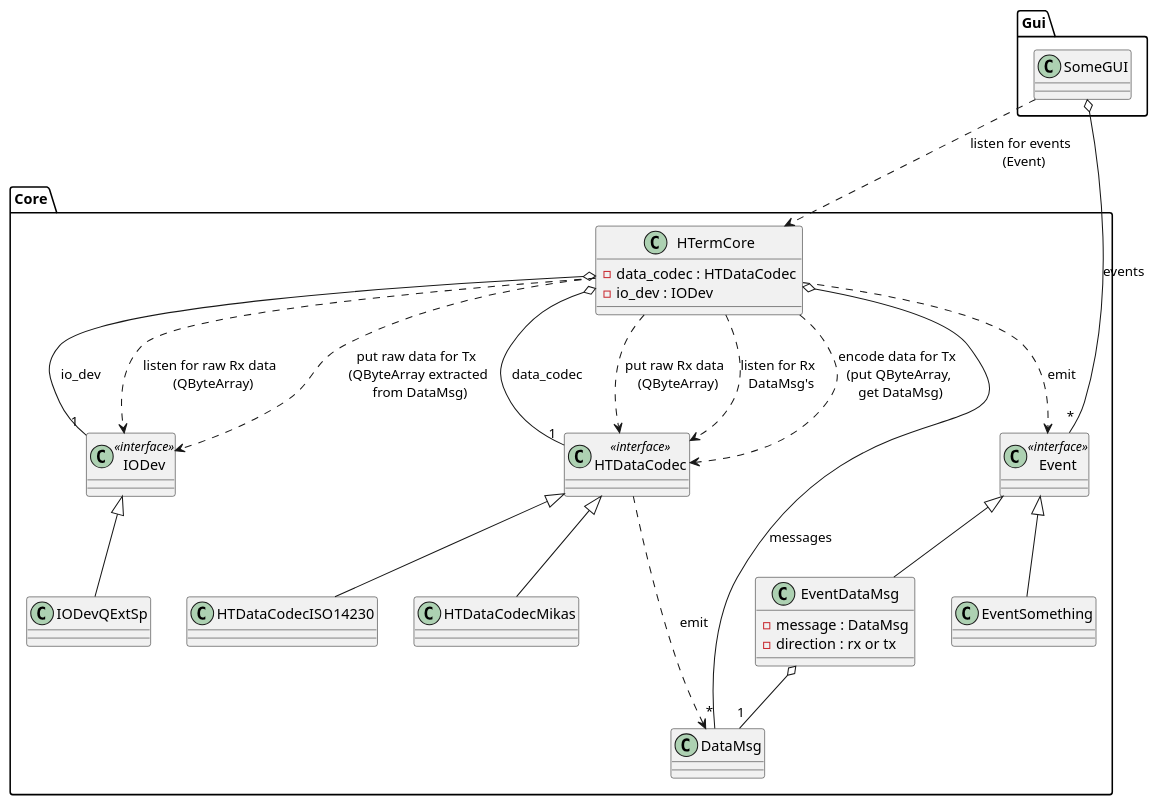
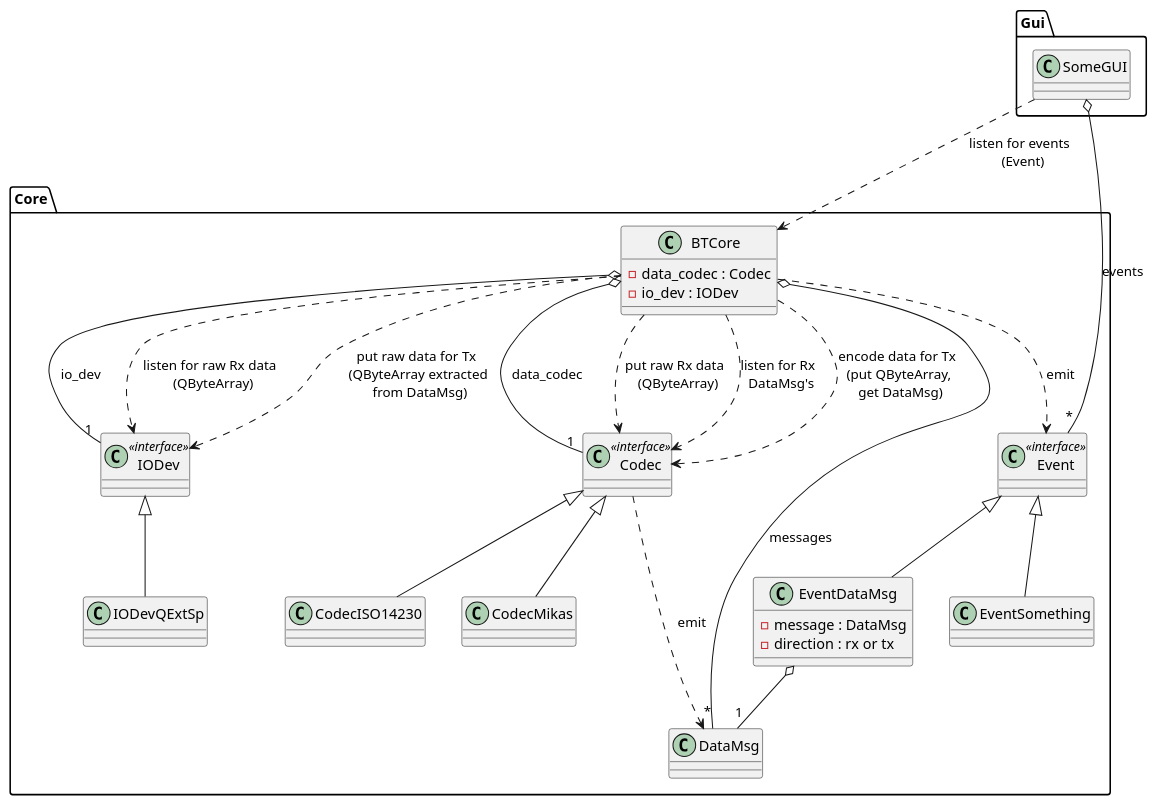
One commit to dimonomid/bterm changed the diagram in stuff/uml/hterm.pu. Above: the diagram before and after it, drawn with PlantUML. The commit also changed 110 other files, not shown here.

```diff
--- a/stuff/uml/hterm.pu
+++ b/stuff/uml/hterm.pu
@@ -1,85 +1,85 @@
 @startuml
 
 package "Core" {
 
-' HTermCore {{{
-class HTermCore {
-   -data_codec : HTDataCodec
+' BTCore {{{
+class BTCore {
+   -data_codec : Codec
    -io_dev : IODev
 }
 ' }}}
 
 ' IODev {{{
 class IODev <<interface>> {
 }
 
 class IODevQExtSp {
 }
 
 IODev <|-- IODevQExtSp
 ' }}}
 
-' HTDataCodec {{{
-class HTDataCodec <<interface>> {
+' Codec {{{
+class Codec <<interface>> {
 }
 
-class HTDataCodecISO14230 {
+class CodecISO14230 {
 }
 
-class HTDataCodecMikas {
+class CodecMikas {
 }
 
-HTDataCodec <|-- HTDataCodecISO14230
-HTDataCodec <|-- HTDataCodecMikas
+Codec <|-- CodecISO14230
+Codec <|-- CodecMikas
 ' }}}
 
 ' DataMsg {{{
 class DataMsg {
 }
 ' }}}
 
 ' Event {{{
 class Event <<interface>> {
 }
 
 class EventDataMsg {
    -message : DataMsg
    -direction : rx or tx
 }
 
 class EventSomething {
 }
 
 Event <|-- EventDataMsg
 Event <|-- EventSomething
 ' }}}
 
-HTermCore o-- "1" HTDataCodec : data_codec
-HTermCore o-- "1" IODev : io_dev
-HTermCore o-- "*" DataMsg : messages
+BTCore o-- "1" Codec : data_codec
+BTCore o-- "1" IODev : io_dev
+BTCore o-- "*" DataMsg : messages
 
-HTDataCodec ..> DataMsg : emit
+Codec ..> DataMsg : emit
 
-HTermCore ..> IODev   : listen for raw Rx data \n (QByteArray)
-HTermCore ..> HTDataCodec : put raw Rx data \n (QByteArray)
-HTermCore ..> HTDataCodec : listen for Rx \n DataMsg's
-HTermCore ..> HTDataCodec : encode data for Tx \n (put QByteArray, \n get DataMsg)
-HTermCore ..> IODev   : put raw data for Tx \n (QByteArray extracted \n from DataMsg)
+BTCore ..> IODev   : listen for raw Rx data \n (QByteArray)
+BTCore ..> Codec : put raw Rx data \n (QByteArray)
+BTCore ..> Codec : listen for Rx \n DataMsg's
+BTCore ..> Codec : encode data for Tx \n (put QByteArray, \n get DataMsg)
+BTCore ..> IODev   : put raw data for Tx \n (QByteArray extracted \n from DataMsg)
 
-HTermCore ..> Event : emit
+BTCore ..> Event : emit
 
 EventDataMsg o-- "1" DataMsg
 }
 
 package "Gui" {
 
    class SomeGUI {
    }
 
 }
 
-SomeGUI ..> HTermCore : listen for events \n (Event)
+SomeGUI ..> BTCore : listen for events \n (Event)
 SomeGUI o-- "*" Event : events
 
 
 @enduml
```
